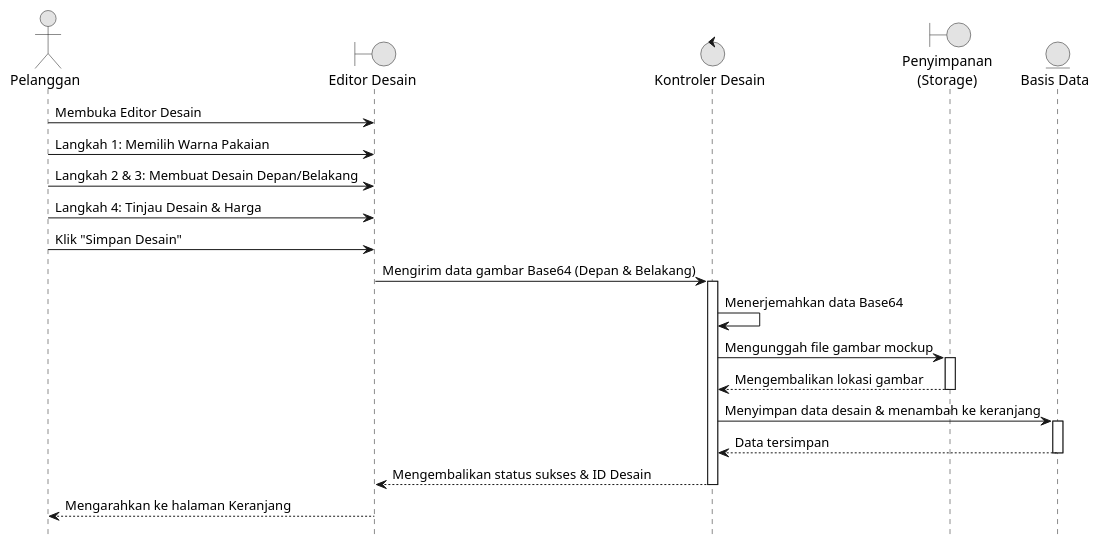
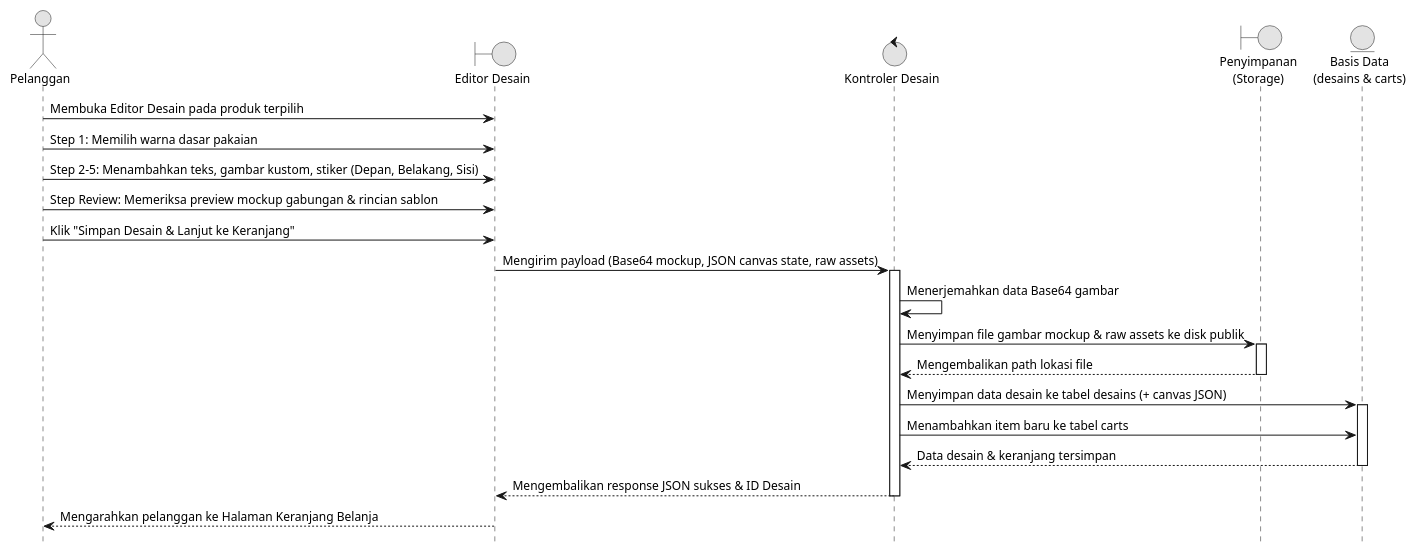
The third of 11 diagrams in docs/diagrams/semua_diagram.puml (Reyonl/project_TA), drawn with PlantUML before and after one commit. The commit also changed other lines of this file and 25 other files, not shown here.

Commit message:
docs: regenerate thesis diagrams, add class/LRS diagrams and viewers

```diff
--- a/docs/diagrams/semua_diagram.puml
+++ b/docs/diagrams/semua_diagram.puml
@@ -38,31 +74,38 @@
 @startuml 02_Membuat_Desain
 hide footbox
+skinparam backgroundColor white
 skinparam monochrome true
 skinparam shadowing false
+skinparam DefaultFontName Arial
+skinparam DefaultFontSize 12
 
 actor "Pelanggan" as Customer
 boundary "Editor Desain" as View
 control "Kontroler Desain" as Controller
 boundary "Penyimpanan\n(Storage)" as Storage
-entity "Basis Data" as DB
+entity "Basis Data\n(desains & carts)" as DB
 
-Customer -> View : Membuka Editor Desain
-Customer -> View : Langkah 1: Memilih Warna Pakaian
-Customer -> View : Langkah 2 & 3: Membuat Desain Depan/Belakang
-Customer -> View : Langkah 4: Tinjau Desain & Harga
-Customer -> View : Klik "Simpan Desain"
-View -> Controller : Mengirim data gambar Base64 (Depan & Belakang)
+Customer -> View : Membuka Editor Desain pada produk terpilih
+Customer -> View : Step 1: Memilih warna dasar pakaian
+Customer -> View : Step 2-5: Menambahkan teks, gambar kustom, stiker (Depan, Belakang, Sisi)
+Customer -> View : Step Review: Memeriksa preview mockup gabungan & rincian sablon
+Customer -> View : Klik "Simpan Desain & Lanjut ke Keranjang"
+View -> Controller : Mengirim payload (Base64 mockup, JSON canvas state, raw assets)
 activate Controller
-Controller -> Controller : Menerjemahkan data Base64
-Controller -> Storage : Mengunggah file gambar mockup
+
+Controller -> Controller : Menerjemahkan data Base64 gambar
+Controller -> Storage : Menyimpan file gambar mockup & raw assets ke disk publik
 activate Storage
-Storage --> Controller : Mengembalikan lokasi gambar
+Storage --> Controller : Mengembalikan path lokasi file
 deactivate Storage
-Controller -> DB : Menyimpan data desain & menambah ke keranjang
+
+Controller -> DB : Menyimpan data desain ke tabel desains (+ canvas JSON)
 activate DB
-DB --> Controller : Data tersimpan
+Controller -> DB : Menambahkan item baru ke tabel carts
+DB --> Controller : Data desain & keranjang tersimpan
 deactivate DB
-Controller --> View : Mengembalikan status sukses & ID Desain
+
+Controller --> View : Mengembalikan response JSON sukses & ID Desain
 deactivate Controller
-View --> Customer : Mengarahkan ke halaman Keranjang
+View --> Customer : Mengarahkan pelanggan ke Halaman Keranjang Belanja
 @enduml
```
